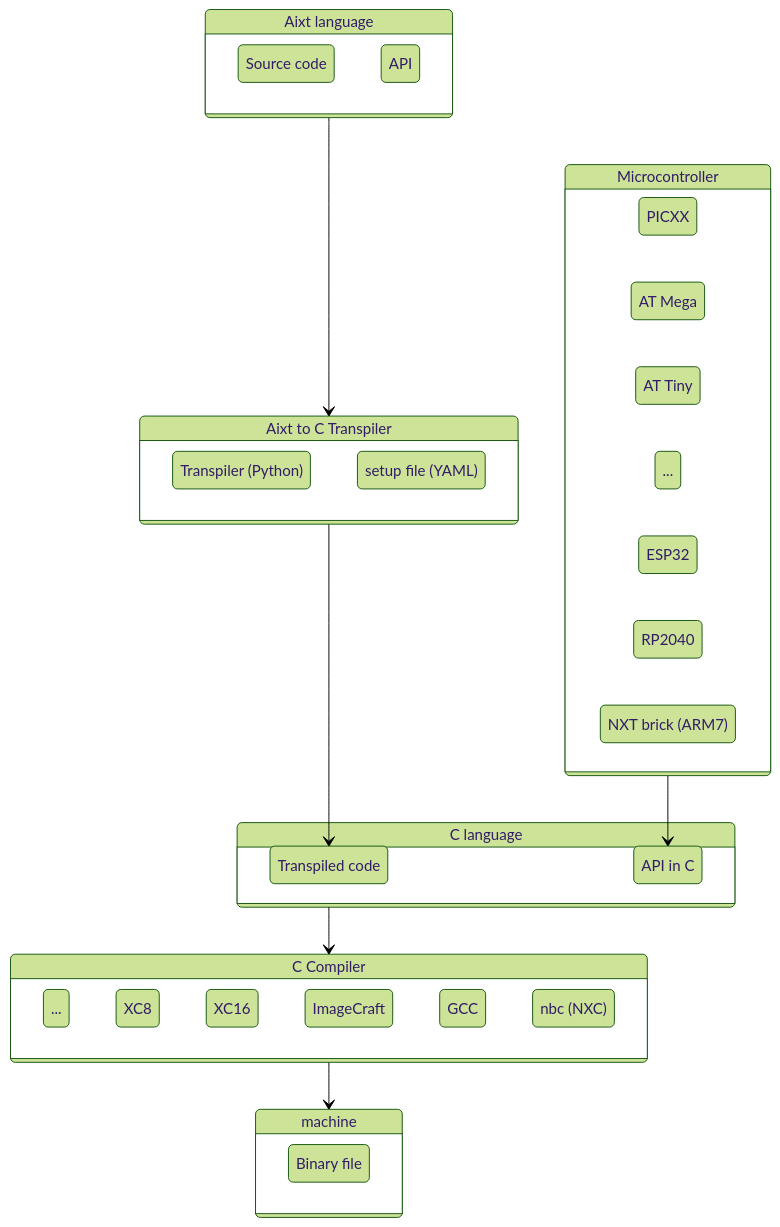
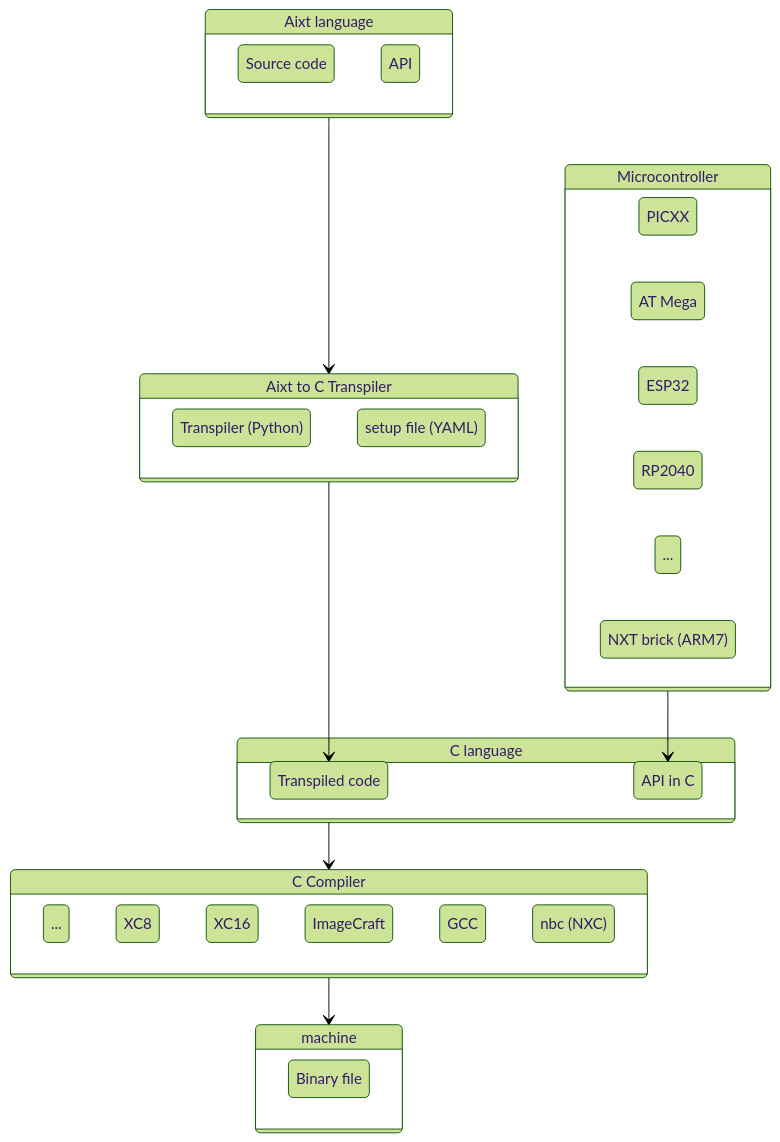
The diagram in README.md (fermarsan/aixt), drawn with Mermaid (forest theme) before and after one commit.

Commit message:
diagram update

````diff
--- a/README.md
+++ b/README.md
@@ -9,57 +9,56 @@
 ```mermaid
 stateDiagram-v2
 
     Aixt: Aixt language
     state Aixt {
         source: Source code
         API
     }
 
     Aixt2C: Aixt to C Transpiler
     state Aixt2C {
         Transpiler: Transpiler (Python)
         setup: setup file (YAML)
     }
 
     C: C language
     state C {
         Tr_Code: Transpiled code
         API_C: API in C
     }
 
     state Microcontroller {
         direction RL
         PICs: PICXX
         ATM: AT Mega
-        ATT: AT Tiny
-        others2: ...
         ESP32
         RP2040
+        others2: ...
         NXT: NXT brick (ARM7) 
     }
 
     C_Compiler: C Compiler
     state C_Compiler {
         others: ...
         XC8  
         XC16 
         ImageCraft
         GCC  
         others 
         nbc: nbc (NXC) 
     }
     
     machine
     state machine {
         BF: Binary file
     }
     
     Aixt    --> Aixt2C 
     Aixt2C  --> Tr_Code
 
     C       --> C_Compiler
 
     C_Compiler  --> machine
 
     Microcontroller --> API_C
 ```
````
